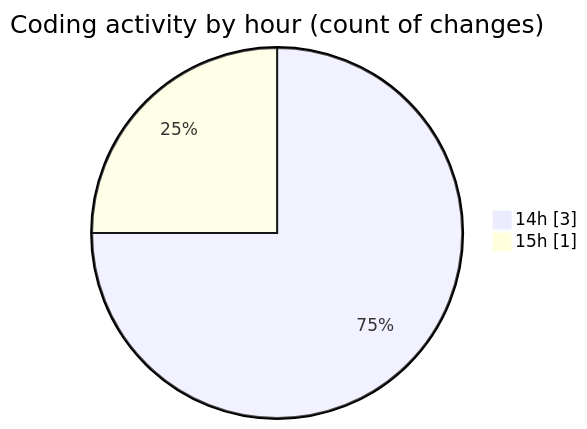
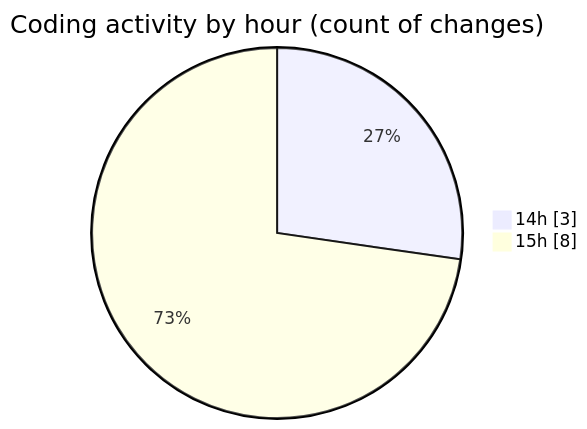
The second of 2 diagrams in 2025-05-30/studio-backend/README.md (idhammustaqopulfikri/code-tracking), drawn with Mermaid before and after one commit. The commit also changed other lines of this file and 1 other file, not shown here.

````diff
--- a/2025-05-30/studio-backend/README.md
+++ b/2025-05-30/studio-backend/README.md
@@ -31,6 +34,6 @@
 ```mermaid
 pie showData
 title Coding activity by hour (count of changes)
 "14h" : 3
-"15h" : 1
+"15h" : 8
 ```
````
